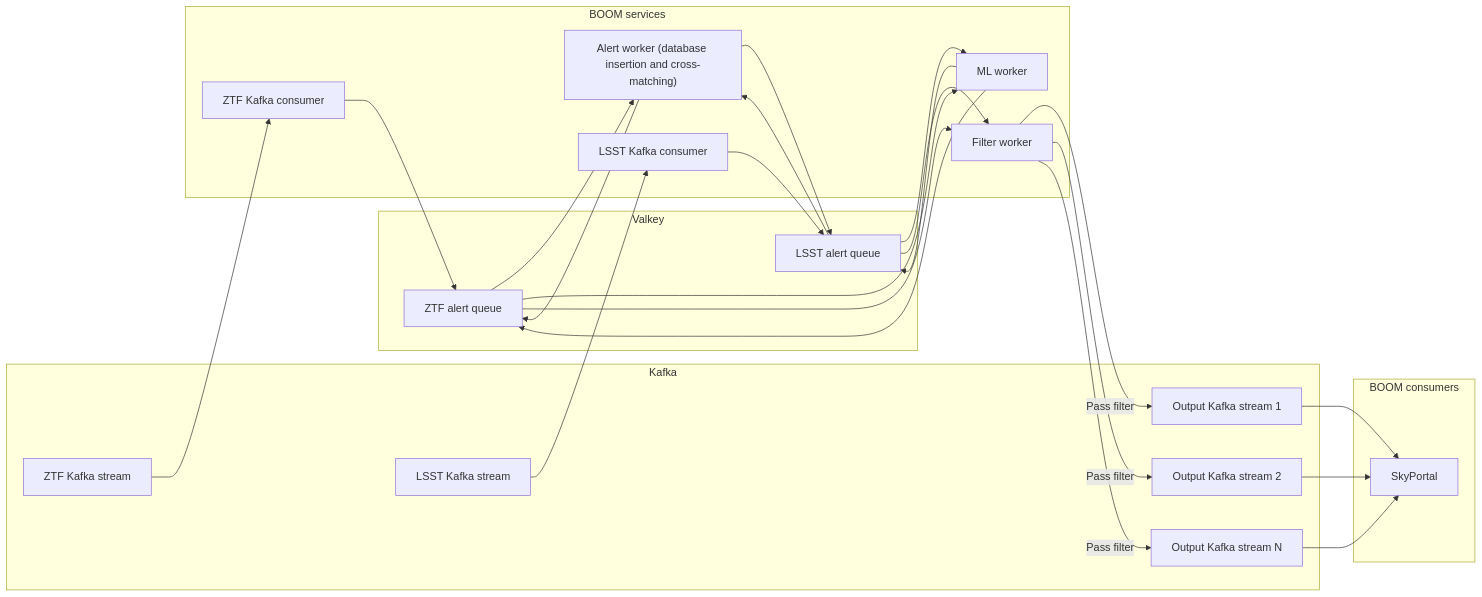
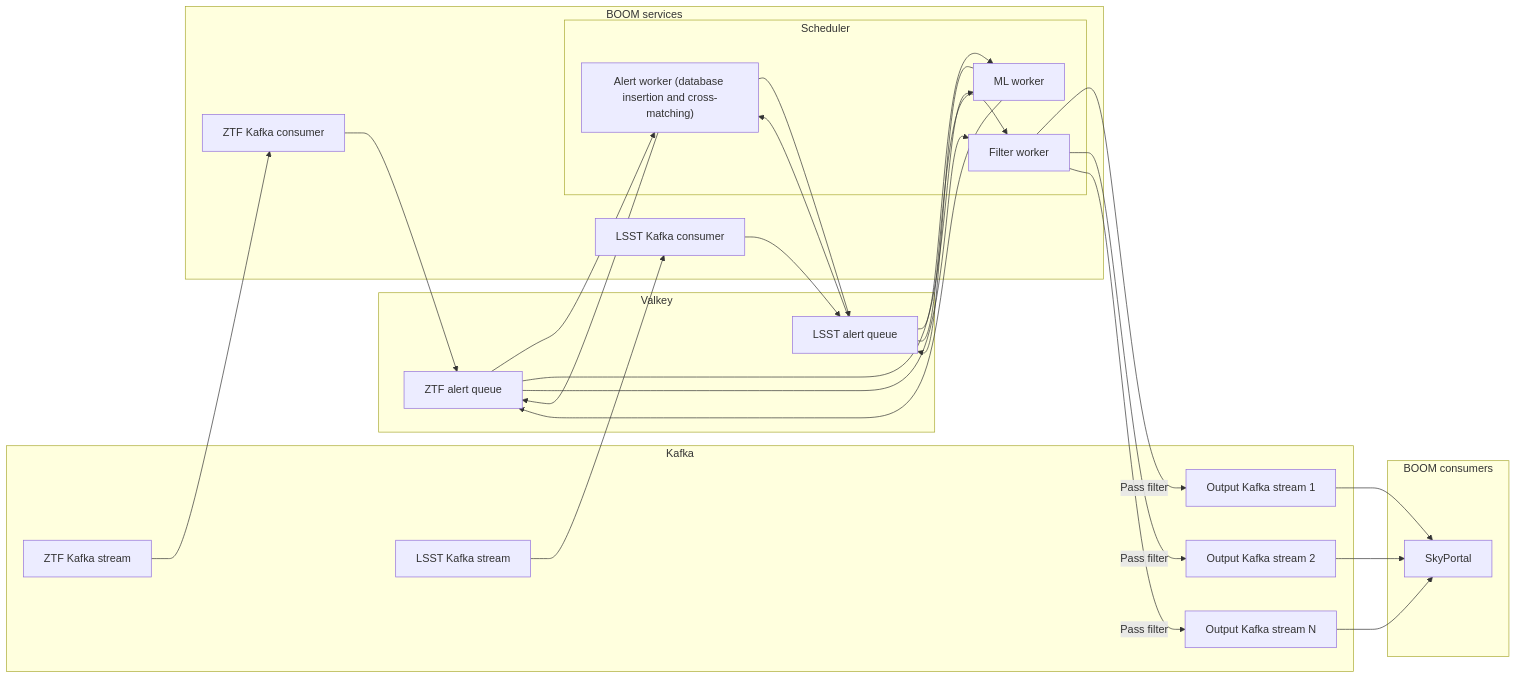
One commit to boom-astro/boom changed the diagram in docs/alert-processing.md. Above: the diagram before and after it, drawn with Mermaid.

Commit message:
Add scheduler

````diff
--- a/docs/alert-processing.md
+++ b/docs/alert-processing.md
@@ -23,48 +23,50 @@
 ```mermaid
 graph LR
     subgraph Kafka
         ZTF[ZTF Kafka stream]
         LSST[LSST Kafka stream]
         Output1[Output Kafka stream 1]
         Output2[Output Kafka stream 2]
         OutputN[Output Kafka stream N]
     end
 
     subgraph Valkey
         ZTFAlertQueue[ZTF alert queue]
         LSSTAlertQueue[LSST alert queue]
     end
 
     subgraph BOOM services
         ZTFConsumer[ZTF Kafka consumer]
         LSSTConsumer[LSST Kafka consumer]
-        CrossMatcher["Alert worker (database insertion and cross-matching)"]
-        MLWorker[ML worker]
-        FilterWorker[Filter worker]
+        subgraph Scheduler
+            CrossMatcher["Alert worker (database insertion and cross-matching)"]
+            MLWorker[ML worker]
+            FilterWorker[Filter worker]
+        end
     end
 
     subgraph BOOM consumers
         SkyPortal[SkyPortal]
     end
 
     ZTF --> ZTFConsumer
     LSST --> LSSTConsumer
     ZTFConsumer --> ZTFAlertQueue
     LSSTConsumer --> LSSTAlertQueue
     ZTFAlertQueue --> CrossMatcher
     LSSTAlertQueue --> CrossMatcher
     CrossMatcher --> ZTFAlertQueue
     CrossMatcher --> LSSTAlertQueue
     ZTFAlertQueue --> MLWorker
     LSSTAlertQueue --> MLWorker
     MLWorker --> ZTFAlertQueue
     MLWorker --> LSSTAlertQueue
     ZTFAlertQueue --> FilterWorker
     LSSTAlertQueue --> FilterWorker
     FilterWorker -- Pass filter --> Output1
     FilterWorker -- Pass filter --> Output2
     FilterWorker -- Pass filter --> OutputN
     Output1 --> SkyPortal
     Output2 --> SkyPortal
     OutputN --> SkyPortal
 ```
````
